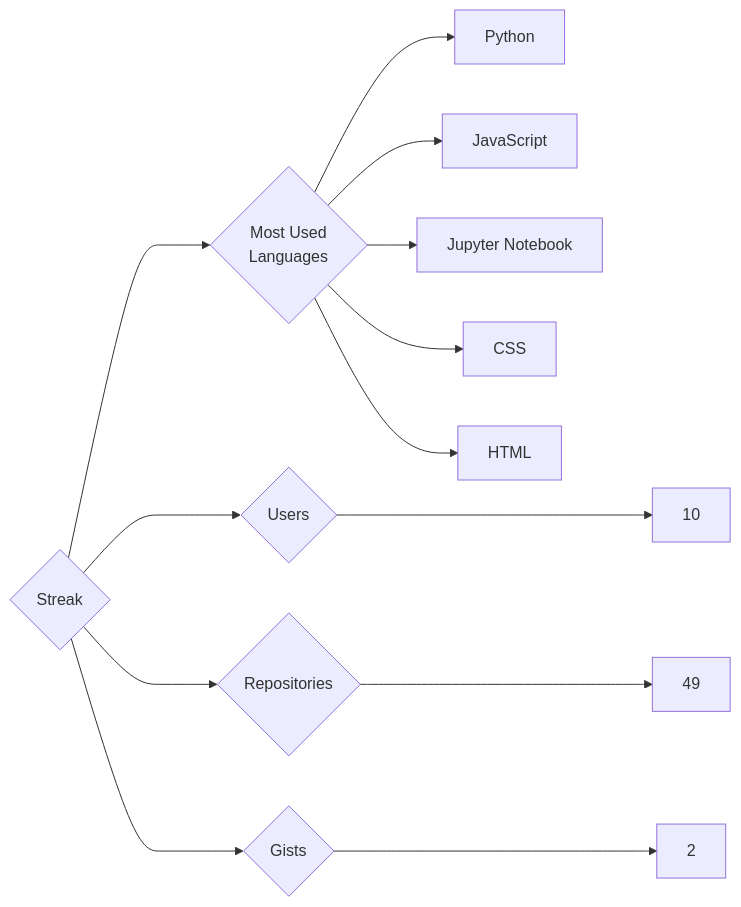
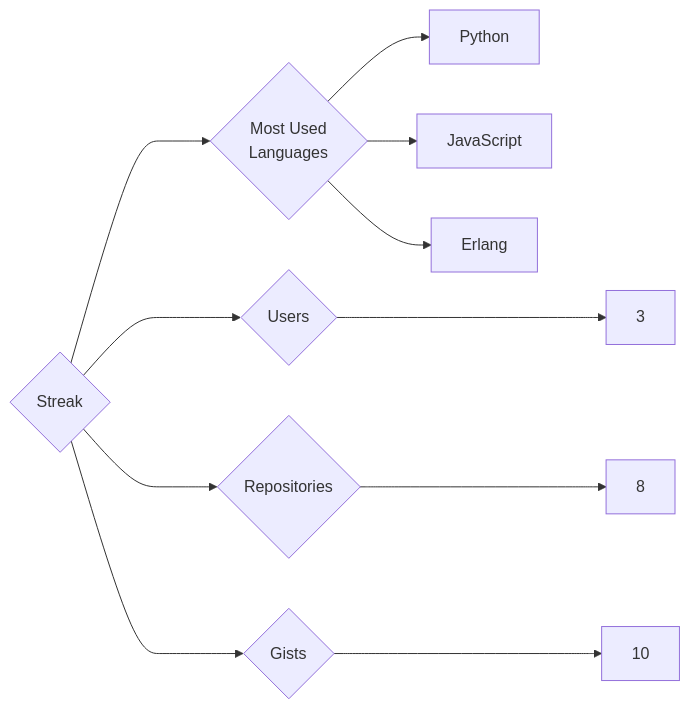
Before and after one commit to trickest/insiders: the diagram in targets/Streak/README.md, drawn with Mermaid. The commit also changed 835 other files, not shown here.

````diff
--- a/targets/Streak/README.md
+++ b/targets/Streak/README.md
@@ -3,13 +3,11 @@
 ```mermaid
 graph LR
 COMPANY_NAME{Streak}
-COMPANY_NAME ---> U{Users} ---> UN[10]
-COMPANY_NAME ---> R{Repositories} ---> RN[49]
-COMPANY_NAME ---> G{Gists} ---> GN[2]
+COMPANY_NAME ---> U{Users} ---> UN[3]
+COMPANY_NAME ---> R{Repositories} ---> RN[8]
+COMPANY_NAME ---> G{Gists} ---> GN[10]
 COMPANY_NAME ---> ML{Most Used<br>Languages}
 ML --> Python[Python]
 ML --> JavaScript[JavaScript]
-ML --> Jupyter_Notebook[Jupyter Notebook]
-ML --> CSS[CSS]
-ML --> HTML[HTML]
+ML --> Erlang[Erlang]
 ```
````
